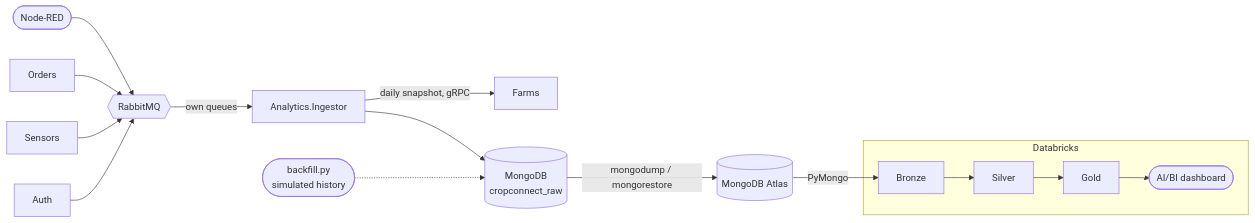
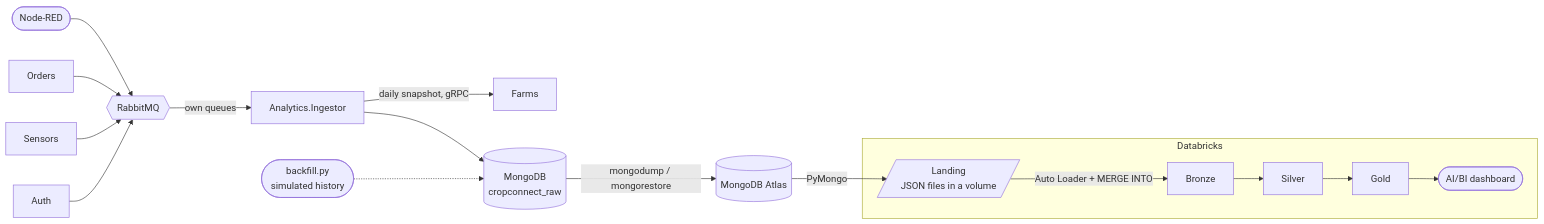
The diagram in docs/analytics.md (brndz1/CropConnect), drawn with Mermaid before and after one commit. The commit also changed other lines of this file and 3 other files, not shown here.

First line of the commit message:
docs: Describe the landing and Auto Loader in the analytics docs

````diff
--- a/docs/analytics.md
+++ b/docs/analytics.md
@@ -10,17 +10,19 @@
 ```mermaid
 flowchart LR
     nodered([Node-RED]) --> mq{{RabbitMQ}}
     orders[Orders] & sensors[Sensors] & auth[Auth] --> mq
     mq -- own queues --> ingestor[Analytics.Ingestor]
     ingestor -- daily snapshot, gRPC --> farms[Farms]
     ingestor --> mongo[(MongoDB<br/>cropconnect_raw)]
     backfill([backfill.py<br/>simulated history]) -.-> mongo
     mongo -- mongodump / mongorestore --> atlas[(MongoDB Atlas)]
-    atlas -- PyMongo --> bronze[Bronze] --> silver[Silver] --> gold[Gold] --> dashboard([AI/BI dashboard])
+    atlas -- PyMongo --> landing[/Landing<br/>JSON files in a volume/]
+    landing -- Auto Loader + MERGE INTO --> bronze[Bronze] --> silver[Silver] --> gold[Gold] --> dashboard([AI/BI dashboard])
     subgraph databricks [Databricks]
+        landing
         bronze
         silver
         gold
         dashboard
     end
 ```
````
